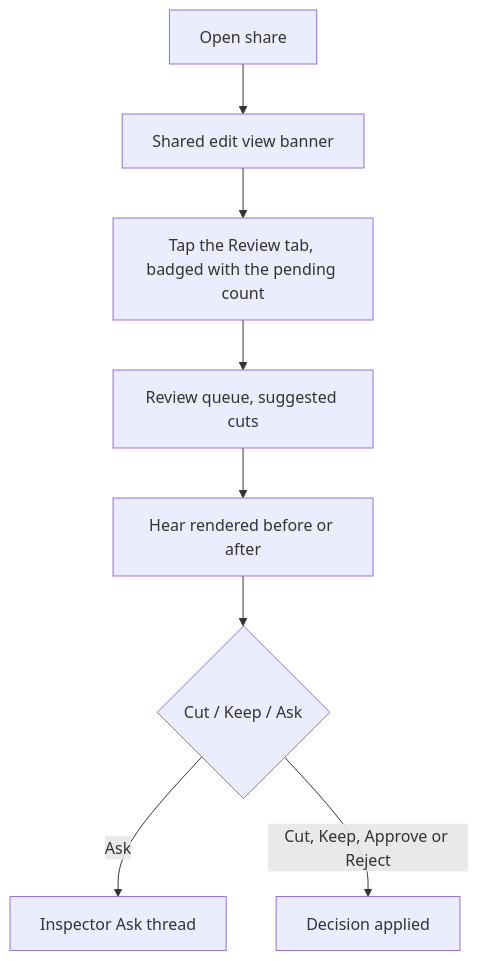
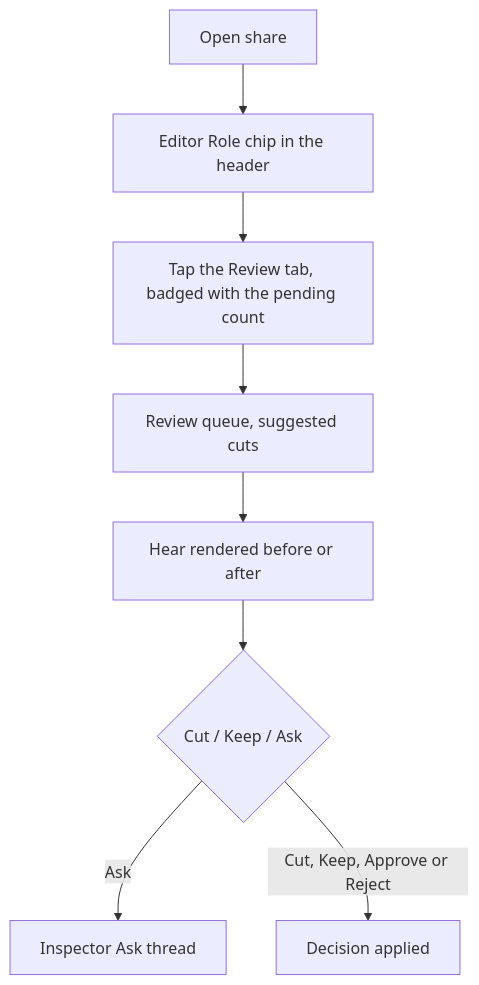
The third of 6 diagrams in ux/pages/guest-journeys.md (calebn/sharecut-studio), drawn with Mermaid before and after one commit. The commit also changed other lines of this file and 16 other files, not shown here.

First line of the commit message:
refactor(guest): replace the role banner with the header Role chip (#2298)

````diff
--- a/ux/pages/guest-journeys.md
+++ b/ux/pages/guest-journeys.md
@@ -96,10 +96,10 @@
 ```mermaid
 flowchart TD
-  open[Open share] --> banner[Shared edit view banner]
+  open[Open share] --> banner[Editor Role chip in the header]
   banner --> chip[Tap the Review tab, badged with the pending count]
   chip --> tl[Review queue, suggested cuts]
   tl --> audition[Hear rendered before or after]
   audition --> decide{Cut / Keep / Ask}
   decide -->|Ask| thread[Inspector Ask thread]
   decide -->|Cut, Keep, Approve or Reject| done[Decision applied]
 ```
````
